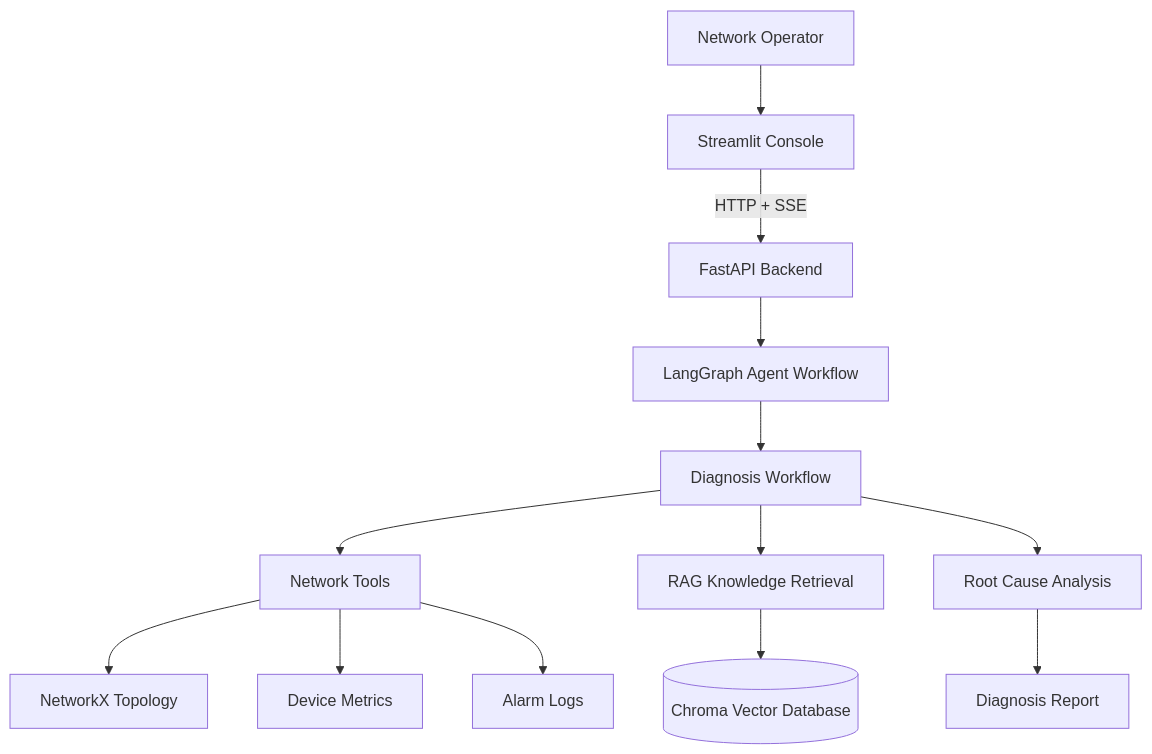
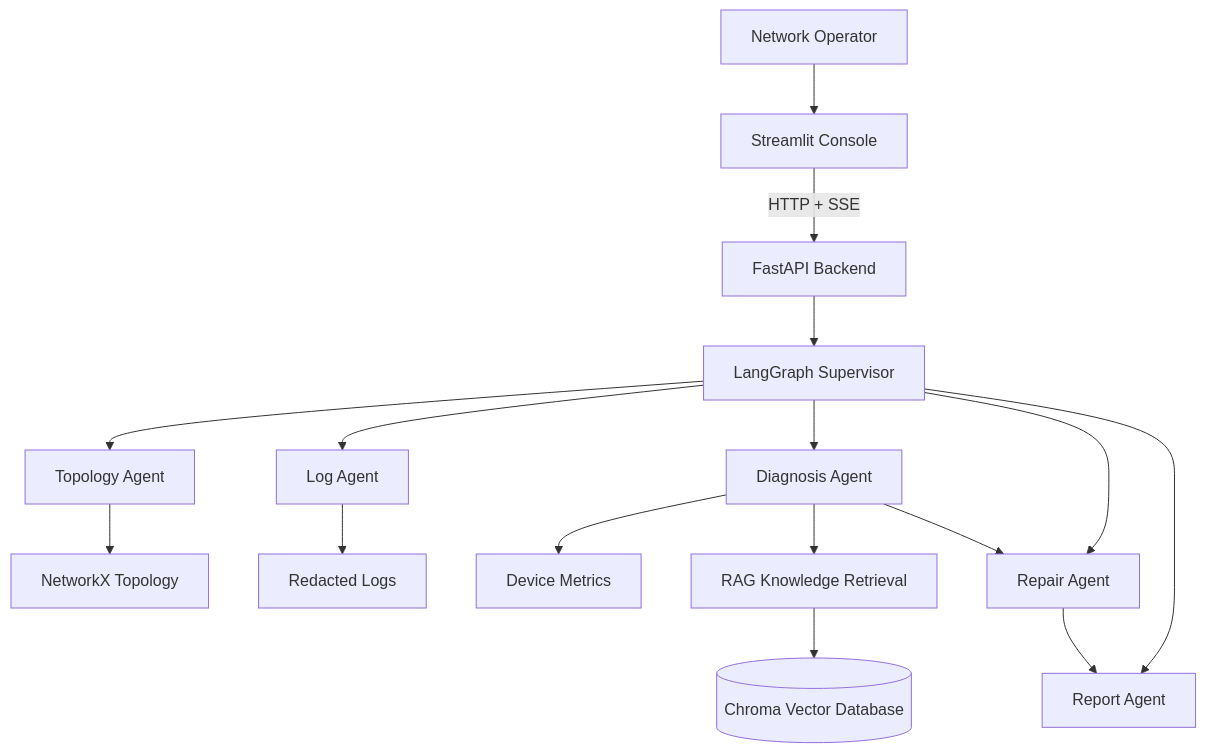
One commit to jli-24/networkops-ai-agent changed the first of 2 diagrams in README.md. Above: the diagram before and after it, drawn with Mermaid. The commit also changed other lines of this file and 22 other files, not shown here.

Commit message:
feat: introduce multi-agent workflow architecture

````diff
--- a/README.md
+++ b/README.md
@@ -133,26 +135,24 @@
 ```mermaid
 flowchart TB
     User[Network Operator] --> UI[Streamlit Console]
 
     UI -->|HTTP + SSE| API[FastAPI Backend]
 
-    API --> Agent[LangGraph Agent Workflow]
+    API --> Supervisor[LangGraph Supervisor]
 
-    Agent --> Diagnosis[Diagnosis Workflow]
+    Supervisor --> TopologyAgent[Topology Agent]
+    Supervisor --> LogAgent[Log Agent]
+    Supervisor --> Diagnosis[Diagnosis Agent]
+    Supervisor --> Repair[Repair Agent]
+    Supervisor --> Report[Report Agent]
 
-    Diagnosis --> Tools[Network Tools]
-
+    TopologyAgent --> NX[NetworkX Topology]
+    LogAgent --> Logs[Redacted Logs]
+    Diagnosis --> Monitor[Device Metrics]
     Diagnosis --> RAG[RAG Knowledge Retrieval]
-
-    Tools --> NX[NetworkX Topology]
-
-    Tools --> Monitor[Device Metrics]
-
-    Tools --> Logs[Alarm Logs]
 
     RAG --> Chroma[(Chroma Vector Database)]
 
-    Diagnosis --> RCA[Root Cause Analysis]
-
-    RCA --> Report[Diagnosis Report]
+    Diagnosis --> Repair
+    Repair --> Report
 ```
````
